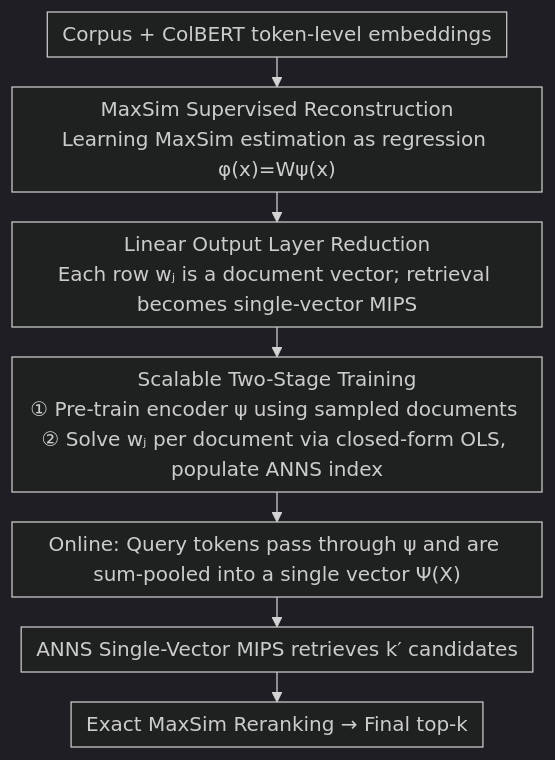
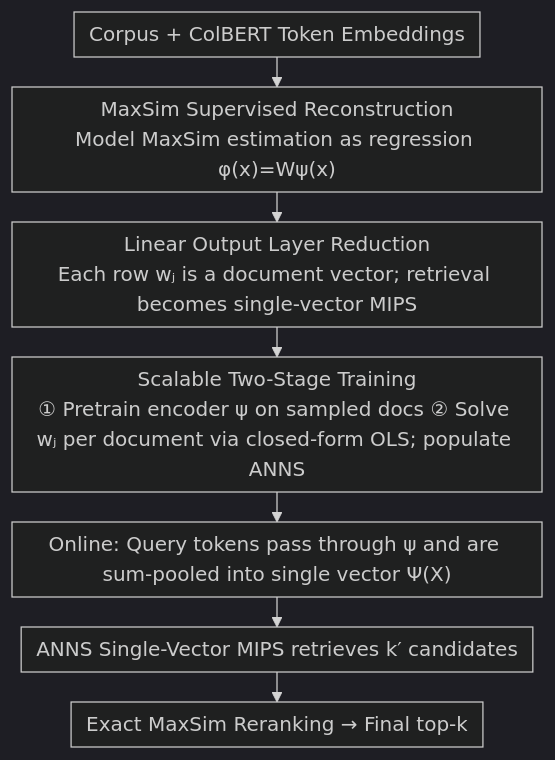
Before and after one commit to zhaoyang97/Paper-Notes-en: the diagram in docs/ICML2026/information_retrieval/lemur_learned_multi-vector_retrieval.md, drawn with Mermaid (dark theme). The commit also changed other lines of this file and 5084 other files, not shown here.

````diff
--- a/docs/ICML2026/information_retrieval/lemur_learned_multi-vector_retrieval.md
+++ b/docs/ICML2026/information_retrieval/lemur_learned_multi-vector_retrieval.md
@@ -44,10 +44,10 @@
 ```mermaid
 %%{init: {'flowchart': {'rankSpacing': 24, 'nodeSpacing': 28, 'padding': 6, 'wrappingWidth': 400}}}%%
 flowchart TD
-    A["Corpus + ColBERT token-level embeddings"] --> B["MaxSim Supervised Reconstruction<br/>Learning MaxSim estimation as regression φ(x)=Wψ(x)"]
+    A["Corpus + ColBERT Token Embeddings"] --> B["MaxSim Supervised Reconstruction<br/>Model MaxSim estimation as regression φ(x)=Wψ(x)"]
     B --> C["Linear Output Layer Reduction<br/>Each row wⱼ is a document vector; retrieval becomes single-vector MIPS"]
-    C --> D["Scalable Two-Stage Training<br/>① Pre-train encoder ψ using sampled documents ② Solve wⱼ per document via closed-form OLS, populate ANNS index"]
-    D --> E["Online: Query tokens pass through ψ and are sum-pooled into a single vector Ψ(X)"]
+    C --> D["Scalable Two-Stage Training<br/>① Pretrain encoder ψ on sampled docs ② Solve wⱼ per document via closed-form OLS; populate ANNS"]
+    D --> E["Online: Query tokens pass through ψ and are sum-pooled into single vector Ψ(X)"]
     E --> F["ANNS Single-Vector MIPS retrieves k′ candidates"]
     F --> G["Exact MaxSim Reranking → Final top-k"]
 ```
````
